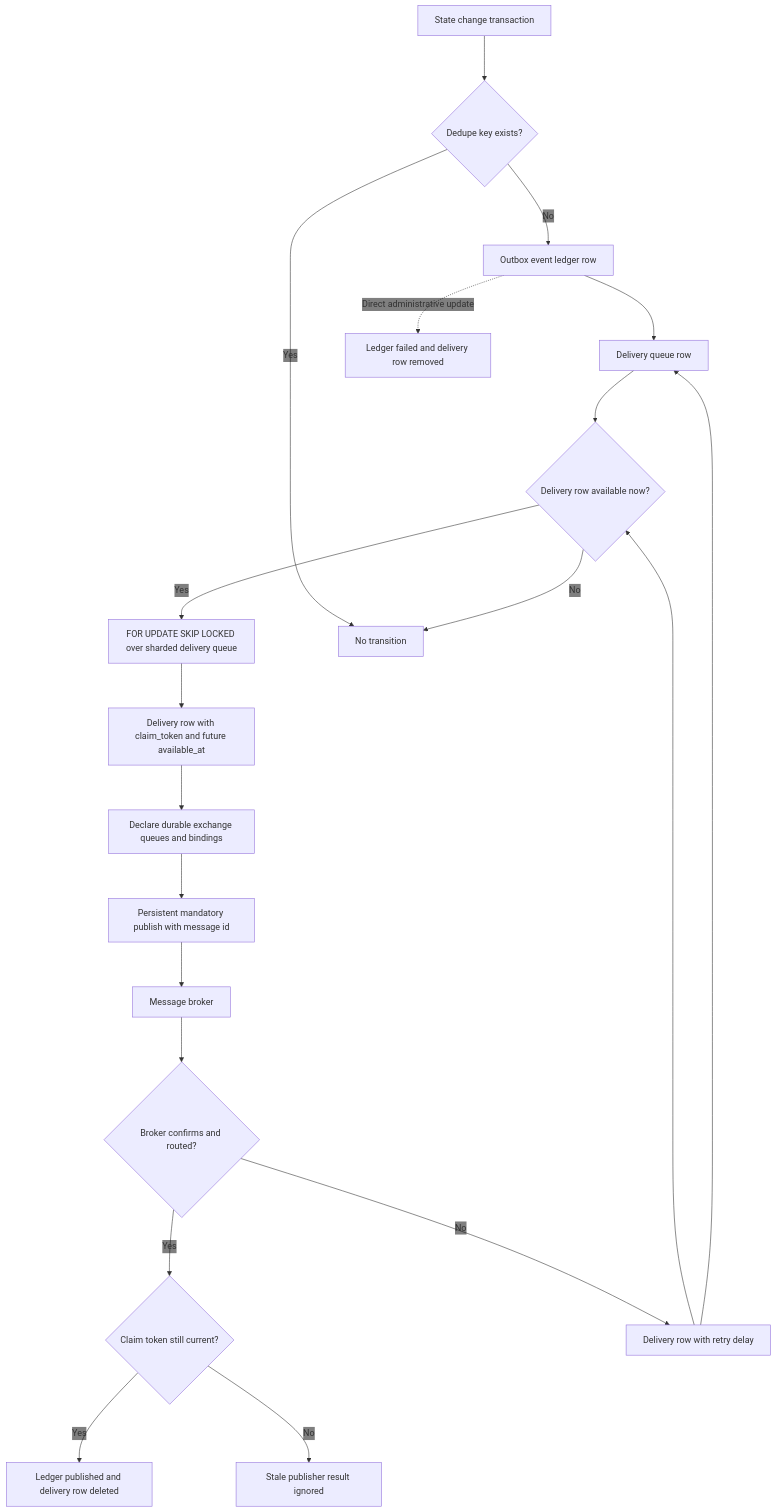
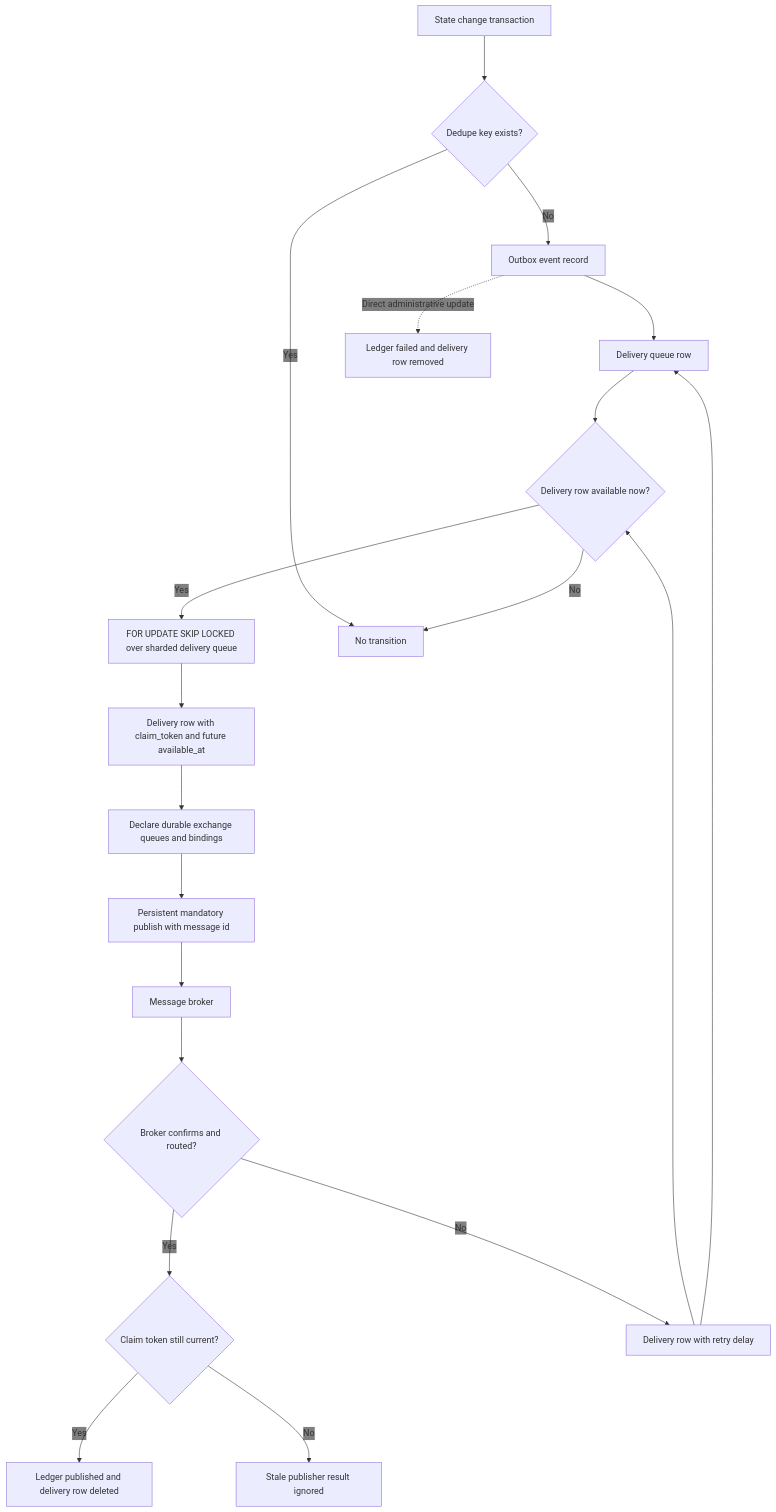
Before and after one commit to gregl83/agent-vigilo: the diagram in web/docs/architecture/state/outbox-lifecycle/diagram.mmd, drawn with Mermaid. The commit also changed 44 other files, not shown here.

```diff
--- a/web/docs/architecture/state/outbox-lifecycle/diagram.mmd
+++ b/web/docs/architecture/state/outbox-lifecycle/diagram.mmd
@@ -1,52 +1,52 @@
 ---
 config:
   flowchart:
     nodeSpacing: 150
     rankSpacing: 80
   themeVariables:
     edgeLabelBackground: 'transparent'
 ---
 flowchart TD
     StateChange[State change transaction]
-    Ledger[Outbox event ledger row]
+    Ledger[Outbox event record]
     Delivery[Delivery queue row]
     Dedupe{Dedupe key exists?}
     Ready{Delivery row available now?}
     Claim[FOR UPDATE SKIP LOCKED over sharded delivery queue]
     Leased[Delivery row with claim_token and future available_at]
     Topology[Declare durable exchange queues and bindings]
     Publish[Persistent mandatory publish with message id]
     Confirm{Broker confirms and routed?}
     Fence{Claim token still current?}
     Published[Ledger published and delivery row deleted]
     Retry[Delivery row with retry delay]
     Stale[Stale publisher result ignored]
     Failed[Ledger failed and delivery row removed]
     Noop[No transition]
     Queue[Message broker]
 
     StateChange --> Dedupe
     Dedupe -- No --> Ledger
     Dedupe -- Yes --> Noop
     Ledger --> Delivery
 
     Delivery --> Ready
     Retry --> Ready
 
     Ready -- Yes --> Claim --> Leased --> Topology --> Publish --> Queue --> Confirm
     Ready -- No --> Noop
 
     Confirm -- Yes --> Fence
     Confirm -- No --> Retry
     Fence -- Yes --> Published
     Fence -- No --> Stale
     Retry --> Delivery
 
     Ledger -. Direct administrative update .-> Failed
 
     class StateChange command
     class Ledger,Delivery,Dedupe,Ready,Claim,Leased,Topology,Publish,Confirm,Fence,Retry,Stale system
     class Published success
     class Failed error
     class Noop component
     class Queue external
```
